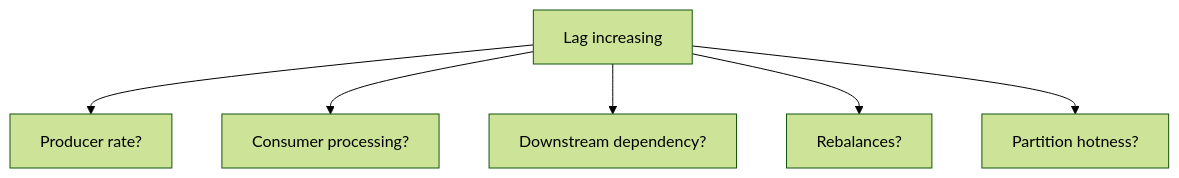
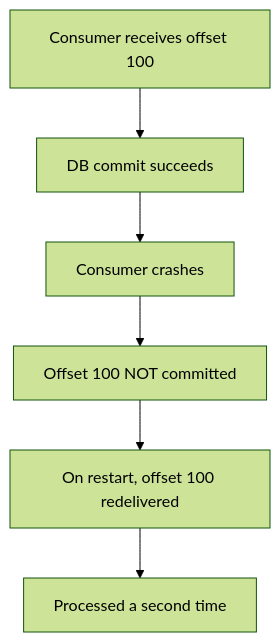
Before and after one commit to pankajThakur1874/studysheet: diagram 24 of 31 in files/08-edge-cases/Tier-4-Kafka-Deep-Dive.md, drawn with Mermaid (forest theme). The commit also changed other lines of this file and 5 other files, not shown here.

````diff
--- a/files/08-edge-cases/Tier-4-Kafka-Deep-Dive.md
+++ b/files/08-edge-cases/Tier-4-Kafka-Deep-Dive.md
@@ -490,8 +879,8 @@
 ```mermaid
 flowchart TD
-    Lag["Lag increasing"] --> PR["Producer rate?"]
-    Lag --> CP["Consumer processing?"]
-    Lag --> DD["Downstream dependency?"]
-    Lag --> RB["Rebalances?"]
-    Lag --> PH["Partition hotness?"]
+    CR["Consumer receives offset 100"] --> DB["DB commit succeeds"]
+    DB --> CC["Consumer crashes"]
+    CC --> NC["Offset 100 NOT committed"]
+    NC --> RD["On restart, offset 100 redelivered"]
+    RD --> Again["Processed a second time"]
 ```
````
